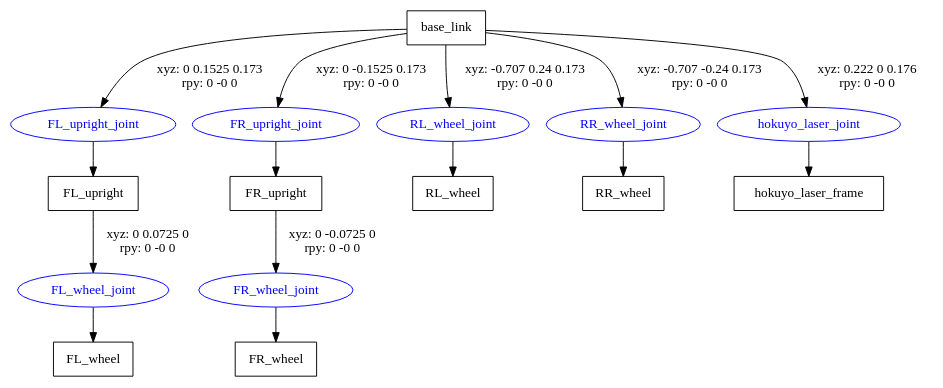
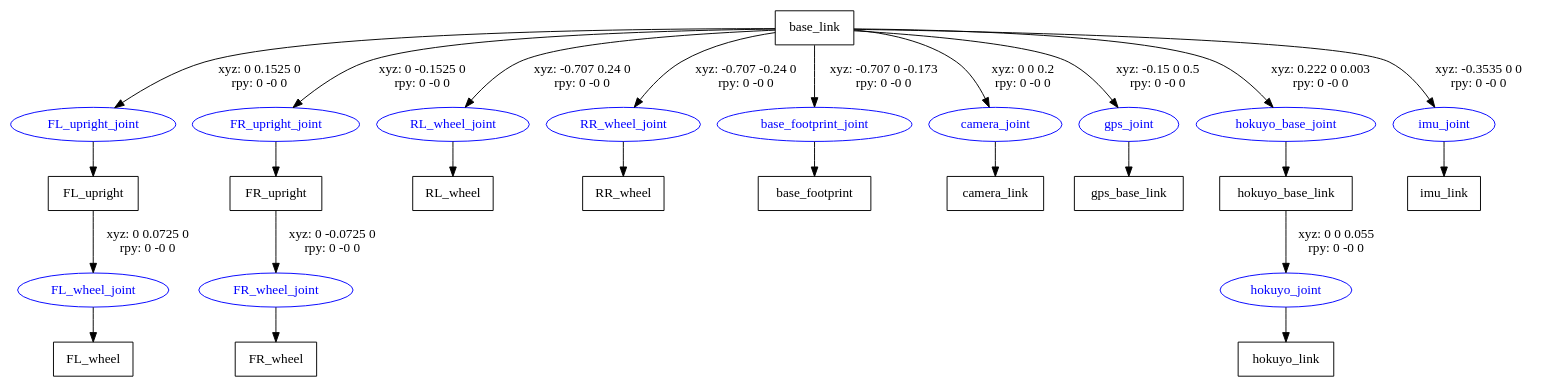
Before and after one commit to bao-eng/quad: the diagram in quad_description/urdf/quad.gv, drawn with Graphviz. The commit also changed 8 other files, not shown here.

```diff
--- a/quad_description/urdf/quad.gv
+++ b/quad_description/urdf/quad.gv
@@ -1,26 +1,41 @@
 digraph G {
 node [shape=box];
 "base_link" [label="base_link"];
 "FL_upright" [label="FL_upright"];
 "FL_wheel" [label="FL_wheel"];
 "FR_upright" [label="FR_upright"];
 "FR_wheel" [label="FR_wheel"];
 "RL_wheel" [label="RL_wheel"];
 "RR_wheel" [label="RR_wheel"];
-"hokuyo_laser_frame" [label="hokuyo_laser_frame"];
+"base_footprint" [label="base_footprint"];
+"camera_link" [label="camera_link"];
+"gps_base_link" [label="gps_base_link"];
+"hokuyo_base_link" [label="hokuyo_base_link"];
+"hokuyo_link" [label="hokuyo_link"];
+"imu_link" [label="imu_link"];
 node [shape=ellipse, color=blue, fontcolor=blue];
-"base_link" -> "FL_upright_joint" [label="xyz: 0 0.1525 0.173 \nrpy: 0 -0 0"]
+"base_link" -> "FL_upright_joint" [label="xyz: 0 0.1525 0 \nrpy: 0 -0 0"]
 "FL_upright_joint" -> "FL_upright"
 "FL_upright" -> "FL_wheel_joint" [label="xyz: 0 0.0725 0 \nrpy: 0 -0 0"]
 "FL_wheel_joint" -> "FL_wheel"
-"base_link" -> "FR_upright_joint" [label="xyz: 0 -0.1525 0.173 \nrpy: 0 -0 0"]
+"base_link" -> "FR_upright_joint" [label="xyz: 0 -0.1525 0 \nrpy: 0 -0 0"]
 "FR_upright_joint" -> "FR_upright"
 "FR_upright" -> "FR_wheel_joint" [label="xyz: 0 -0.0725 0 \nrpy: 0 -0 0"]
 "FR_wheel_joint" -> "FR_wheel"
-"base_link" -> "RL_wheel_joint" [label="xyz: -0.707 0.24 0.173 \nrpy: 0 -0 0"]
+"base_link" -> "RL_wheel_joint" [label="xyz: -0.707 0.24 0 \nrpy: 0 -0 0"]
 "RL_wheel_joint" -> "RL_wheel"
-"base_link" -> "RR_wheel_joint" [label="xyz: -0.707 -0.24 0.173 \nrpy: 0 -0 0"]
+"base_link" -> "RR_wheel_joint" [label="xyz: -0.707 -0.24 0 \nrpy: 0 -0 0"]
 "RR_wheel_joint" -> "RR_wheel"
-"base_link" -> "hokuyo_laser_joint" [label="xyz: 0.222 0 0.176 \nrpy: 0 -0 0"]
-"hokuyo_laser_joint" -> "hokuyo_laser_frame"
+"base_link" -> "base_footprint_joint" [label="xyz: -0.707 0 -0.173 \nrpy: 0 -0 0"]
+"base_footprint_joint" -> "base_footprint"
+"base_link" -> "camera_joint" [label="xyz: 0 0 0.2 \nrpy: 0 -0 0"]
+"camera_joint" -> "camera_link"
+"base_link" -> "gps_joint" [label="xyz: -0.15 0 0.5 \nrpy: 0 -0 0"]
+"gps_joint" -> "gps_base_link"
+"base_link" -> "hokuyo_base_joint" [label="xyz: 0.222 0 0.003 \nrpy: 0 -0 0"]
+"hokuyo_base_joint" -> "hokuyo_base_link"
+"hokuyo_base_link" -> "hokuyo_joint" [label="xyz: 0 0 0.055 \nrpy: 0 -0 0"]
+"hokuyo_joint" -> "hokuyo_link"
+"base_link" -> "imu_joint" [label="xyz: -0.3535 0 0 \nrpy: 0 -0 0"]
+"imu_joint" -> "imu_link"
 }
```
